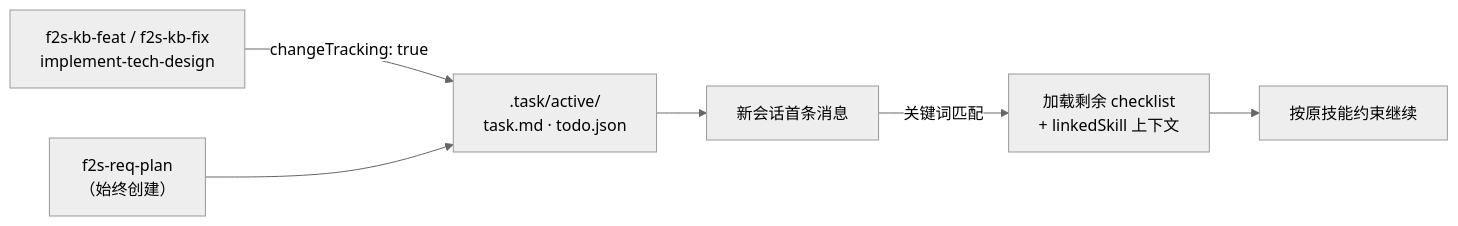
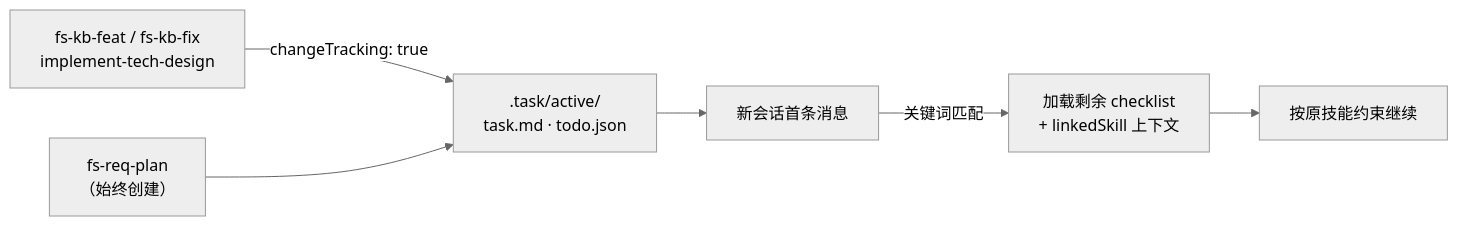
One commit to double-coding-lab/Flow2Spec changed the sixth of 10 diagrams in docs/设计说明.md. Above: the diagram before and after it, drawn with Mermaid (neutral theme). The commit also changed other lines of this file and 543 other files, not shown here.

Commit message:
♻️ refactor: 统一 flow-spec 命名与知识库路径

````diff
--- a/docs/设计说明.md
+++ b/docs/设计说明.md
@@ -192,9 +192,9 @@
 ```mermaid
 graph LR
-    SKILL["f2s-kb-feat / f2s-kb-fix\nimplement-tech-design"] -->|"changeTracking: true"| TJ[".task/active/\ntask.md · todo.json"]
-    RP["f2s-req-plan\n（始终创建）"] --> TJ
+    SKILL["fs-kb-feat / fs-kb-fix\nimplement-tech-design"] -->|"changeTracking: true"| TJ[".task/active/\ntask.md · todo.json"]
+    RP["fs-req-plan\n（始终创建）"] --> TJ
 
     TJ --> NS[新会话首条消息]
     NS -->|关键词匹配| LD["加载剩余 checklist\n+ linkedSkill 上下文"]
     LD --> RS[按原技能约束继续]
 ```
````
